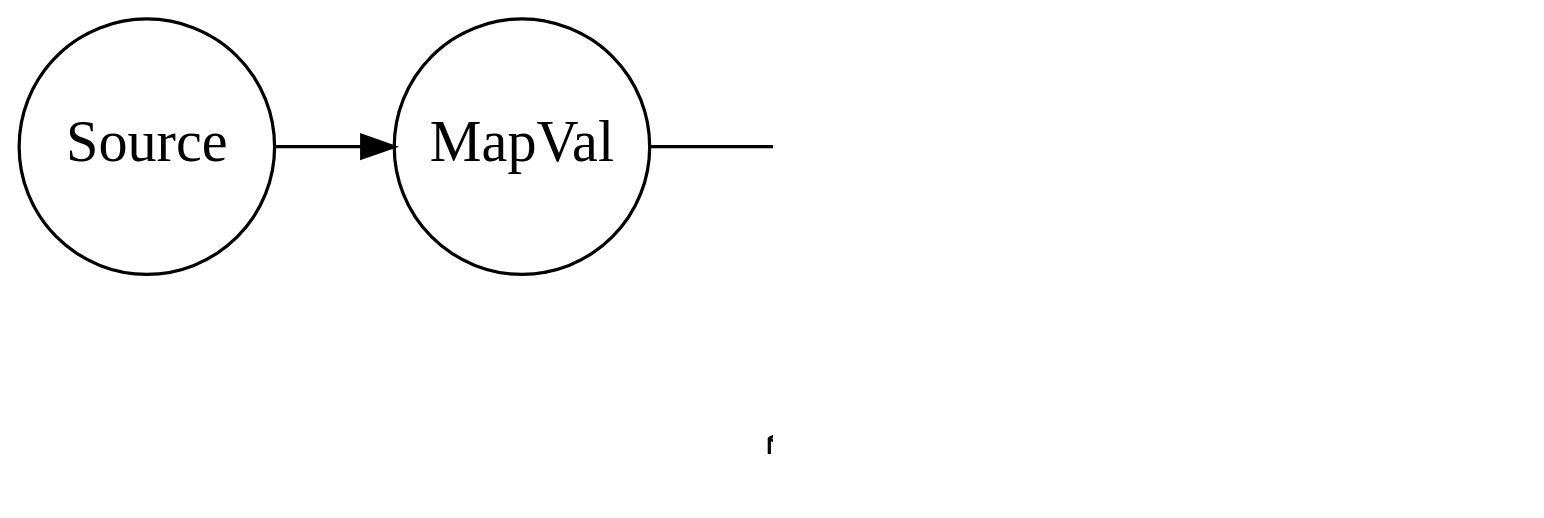
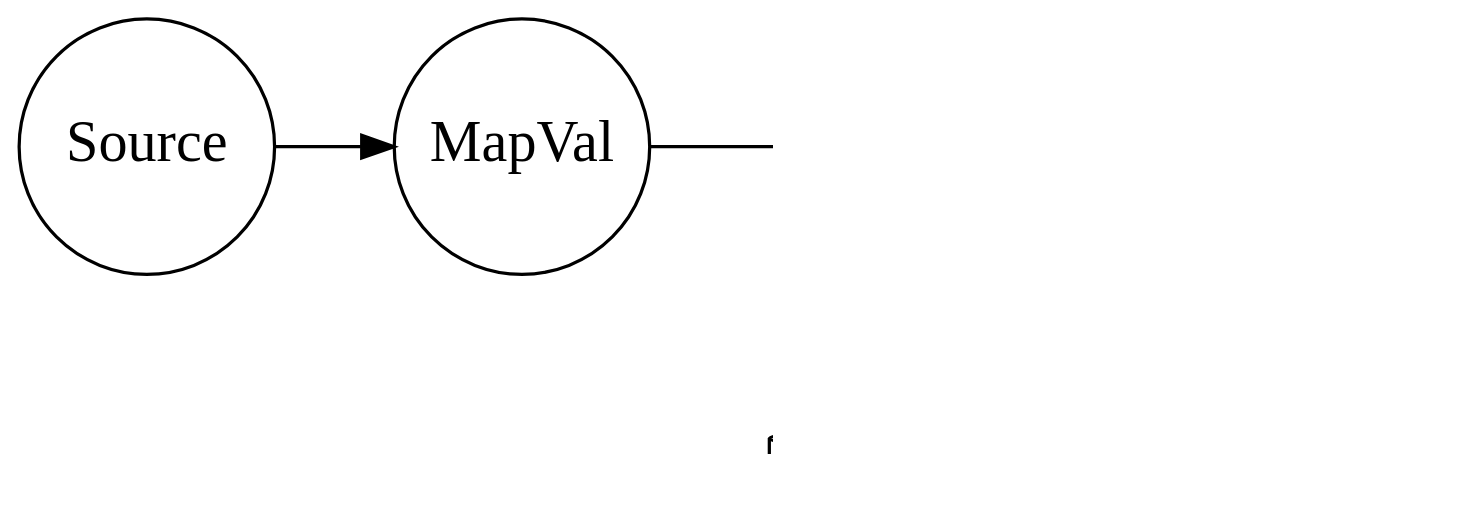
Before and after one commit to inponomarev/kslides-short: the eighth of 19 diagrams in kstreams.adoc, drawn with Graphviz. The commit also changed other lines of this file and 18 other files, not shown here.

```diff
--- a/kstreams.adoc
+++ b/kstreams.adoc
@@ -605,14 +697,14 @@
-[graphviz, "counting-topology-changelog.png"]
+[graphviz, "counting-topology-changelog1.png"]
 -----
 digraph G {
 graph [ dpi = 150 ]; 
 rankdir="LR";
 node [fontsize=18; shape="circle"; fixedsize="true"; width="1.1"];
 Store [shape="cylinder"; label="Local Store"; fixedsize="true"; width="1.5"]
 Source -> MapVal -> Sum -> Sink
 Sum -> Store [dir=both; label=" \n "]
 {rank = same; Store; Sum;}
-Store -> Changelog[style="dashed"]
-Changelog[shape="box"; style="dashed"; width="1.5"]
+Store -> Changelog[style="invis"]
+Changelog[shape="box"; style="invis"; width="1.5"; fillcolor="#ffffcc"]
 }
 -----
```
